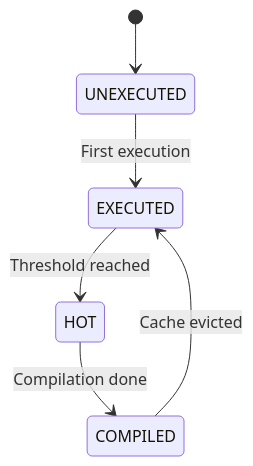
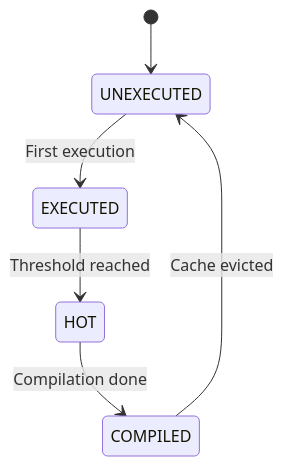
The second of 2 diagrams in docs/components/tier3_jit/jit_runtime.md (kmt-t/fireball), drawn with Mermaid before and after one commit. The commit also changed other lines of this file and 7 other files, not shown here.

````diff
--- a/docs/components/tier3_jit/jit_runtime.md
+++ b/docs/components/tier3_jit/jit_runtime.md
@@ -71,8 +73,8 @@
 ```mermaid
 stateDiagram-v2
     [*] --> UNEXECUTED
     UNEXECUTED --> EXECUTED: First execution
     EXECUTED --> HOT: Threshold reached
     HOT --> COMPILED: Compilation done
-    COMPILED --> EXECUTED: Cache evicted
+    COMPILED --> UNEXECUTED: Cache evicted
 ```
````
